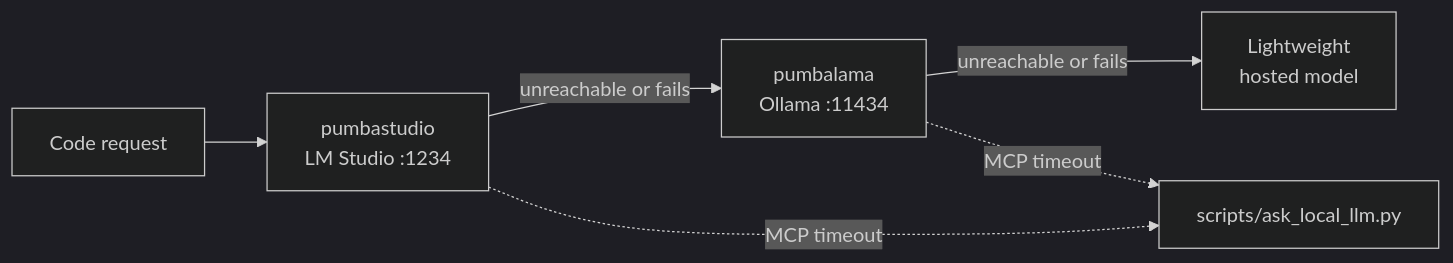
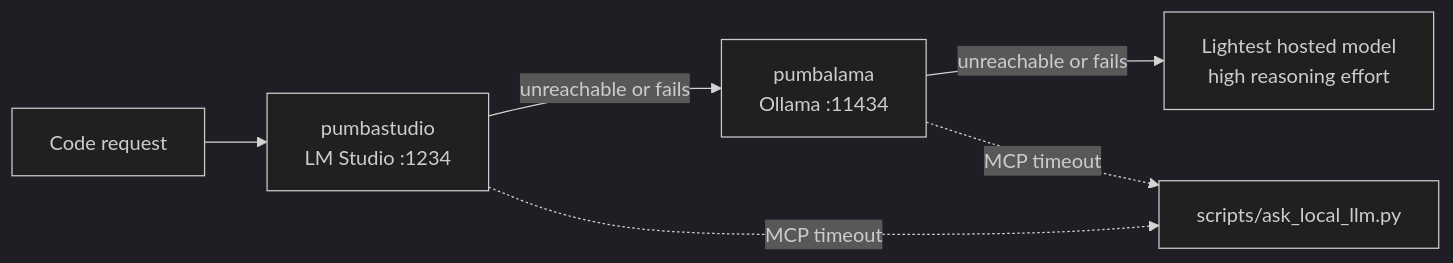
The second of 2 diagrams in README.md (ronald32acunadev/projectsetup), drawn with Mermaid (dark theme) before and after one commit. The commit also changed other lines of this file and 6 other files, not shown here.

Commit message:
docs: delegate code edits and use high-effort lightweight hosted fallback

````diff
--- a/README.md
+++ b/README.md
@@ -169,8 +170,8 @@
 ```mermaid
 flowchart LR
     R[Code request] --> S[pumbastudio<br/>LM Studio :1234]
     S -- unreachable or fails --> O[pumbalama<br/>Ollama :11434]
-    O -- unreachable or fails --> H[Lightweight<br/>hosted model]
+    O -- unreachable or fails --> H[Lightest hosted model<br/>high reasoning effort]
     S -. MCP timeout .-> P[scripts/ask_local_llm.py]
     O -. MCP timeout .-> P
 ```
````
